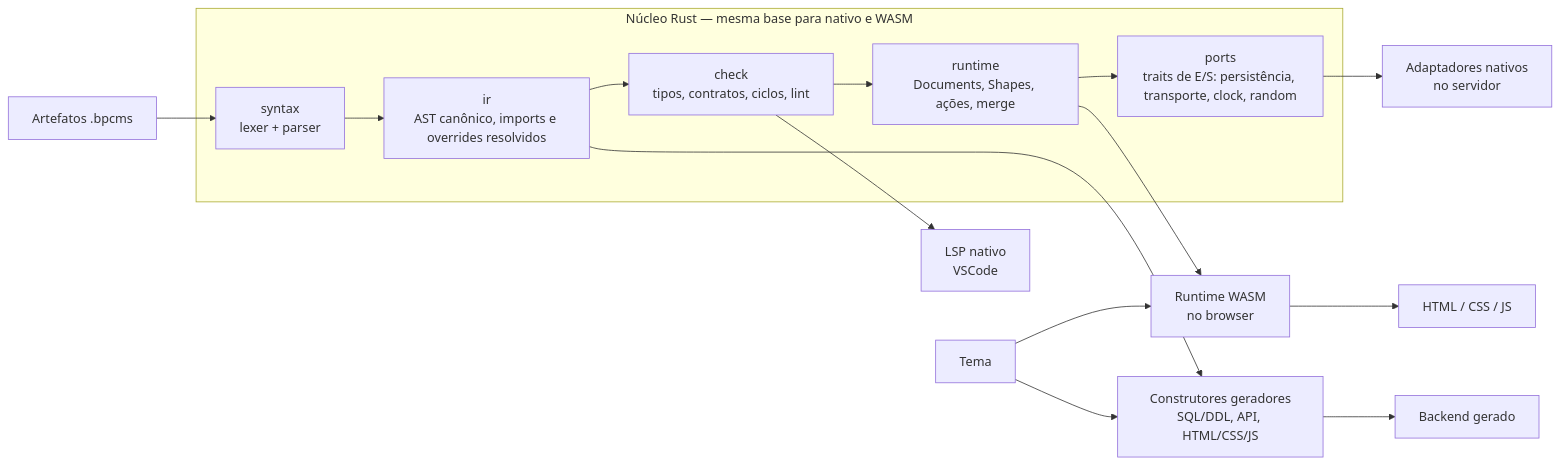
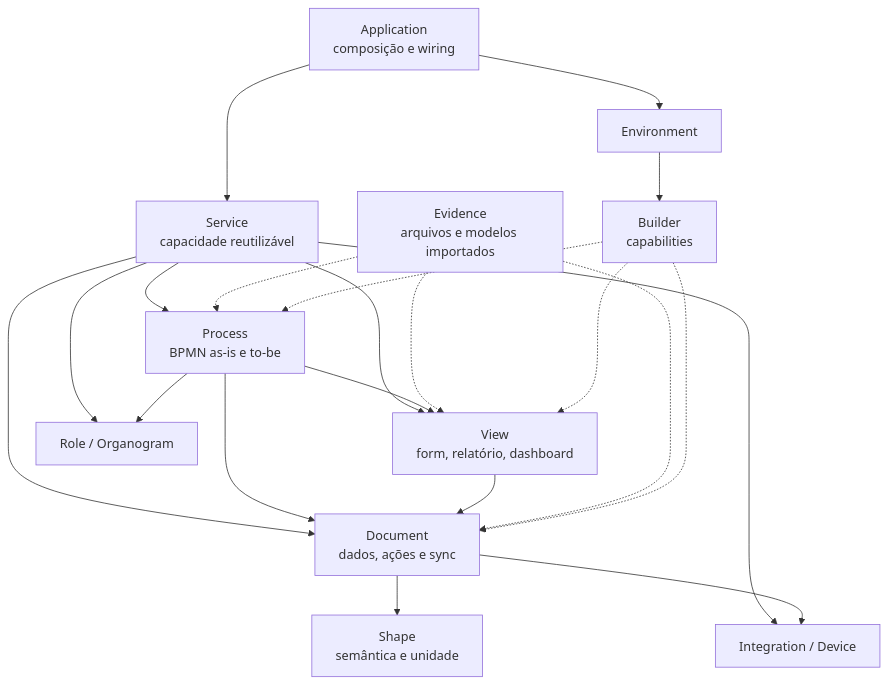
One commit to teintinu/bpcms changed the third of 9 diagrams in BRAINSTORM.md. Above: the diagram before and after it, drawn with Mermaid. The commit also changed other lines of this file, not shown here.

````diff
--- a/BRAINSTORM.md
+++ b/BRAINSTORM.md
@@ -107,24 +266,35 @@
 ```mermaid
-flowchart LR
-  DSL["Artefatos .bpcms"]
-  subgraph CORE["Núcleo Rust — mesma base para nativo e WASM"]
-    SYN["syntax<br/>lexer + parser"]
-    IR["ir<br/>AST canônico, imports e overrides resolvidos"]
-    CHK["check<br/>tipos, contratos, ciclos, lint"]
-    RT["runtime<br/>Documents, Shapes, ações, merge"]
-    PORTS["ports<br/>traits de E/S: persistência, transporte, clock, random"]
-    
-    SYN --> IR --> CHK --> RT --> PORTS
-  end
+flowchart TD
+  APP["Application<br/>composição e wiring"]
+  SVC["Service<br/>capacidade reutilizável"]
+  PROC["Process<br/>BPMN as-is e to-be"]
+  DOC["Document<br/>dados, ações e sync"]
+  SHAPE["Shape<br/>semântica e unidade"]
+  VIEW["View<br/>form, relatório, dashboard"]
+  ROLE["Role / Organogram"]
+  EVID["Evidence<br/>arquivos e modelos importados"]
+  INT["Integration / Device"]
+  ENV["Environment"]
+  BUILD["Builder<br/>capabilities"]
 
-  DSL --> SYN
-  CHK --> LSP["LSP nativo<br/>VSCode"]
-  IR --> GEN["Construtores geradores<br/>SQL/DDL, API, HTML/CSS/JS"]
-  RT --> WASM["Runtime WASM<br/>no browser"]
-  PORTS --> NAT["Adaptadores nativos<br/>no servidor"]
-  
-  WASM --> UI["HTML / CSS / JS"]
-  GEN --> BE["Backend gerado"]
-  THEME["Tema"] --> GEN
-  THEME --> WASM
+  APP --> SVC
+  SVC --> PROC
+  SVC --> DOC
+  SVC --> VIEW
+  SVC --> ROLE
+  SVC --> INT
+  PROC --> DOC
+  PROC --> VIEW
+  PROC --> ROLE
+  DOC --> SHAPE
+  VIEW --> DOC
+  DOC --> INT
+  APP --> ENV
+  ENV --> BUILD
+  EVID -.-> PROC
+  EVID -.-> DOC
+  EVID -.-> VIEW
+  BUILD -.-> DOC
+  BUILD -.-> VIEW
+  BUILD -.-> PROC
 ```
````
